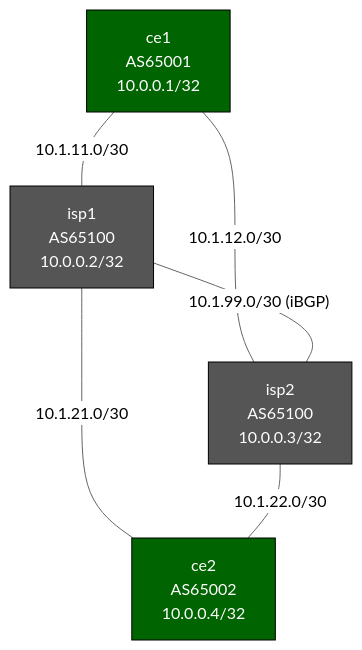
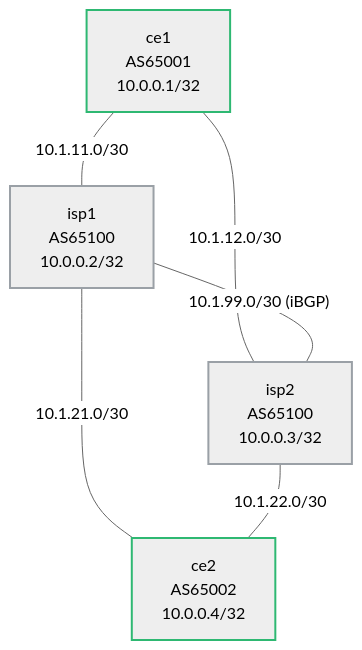
Before and after one commit to jschless/networkingLabs: the diagram in labs/bgp-path-selection/README.md, drawn with Mermaid (neutral theme). The commit also changed 250 other files, not shown here.

Commit message:
Fix unreadable topology diagrams, convert ASCII art, publish assessments (#57)

````diff
--- a/labs/bgp-path-selection/README.md
+++ b/labs/bgp-path-selection/README.md
@@ -13,18 +13,18 @@
 ```mermaid
 flowchart TB
-    ce1["ce1\nAS65001\n10.0.0.1/32"]
-    isp1["isp1\nAS65100\n10.0.0.2/32"]
-    isp2["isp2\nAS65100\n10.0.0.3/32"]
-    ce2["ce2\nAS65002\n10.0.0.4/32"]
+    ce1["ce1<br/>AS65001<br/>10.0.0.1/32"]
+    isp1["isp1<br/>AS65100<br/>10.0.0.2/32"]
+    isp2["isp2<br/>AS65100<br/>10.0.0.3/32"]
+    ce2["ce2<br/>AS65002<br/>10.0.0.4/32"]
 
     ce1 -- "10.1.11.0/30" --- isp1
     ce1 -- "10.1.12.0/30" --- isp2
     isp1 -- "10.1.99.0/30 (iBGP)" --- isp2
     isp1 -- "10.1.21.0/30" --- ce2
     isp2 -- "10.1.22.0/30" --- ce2
 
-    classDef ce  fill:#006400,color:#fff,stroke:#000
-    classDef isp fill:#555,color:#fff,stroke:#000
+    classDef ce stroke:#2eb872,stroke-width:2px
+    classDef isp stroke:#9aa0a6,stroke-width:2px
     class ce1,ce2 ce
     class isp1,isp2 isp
 ```
````
